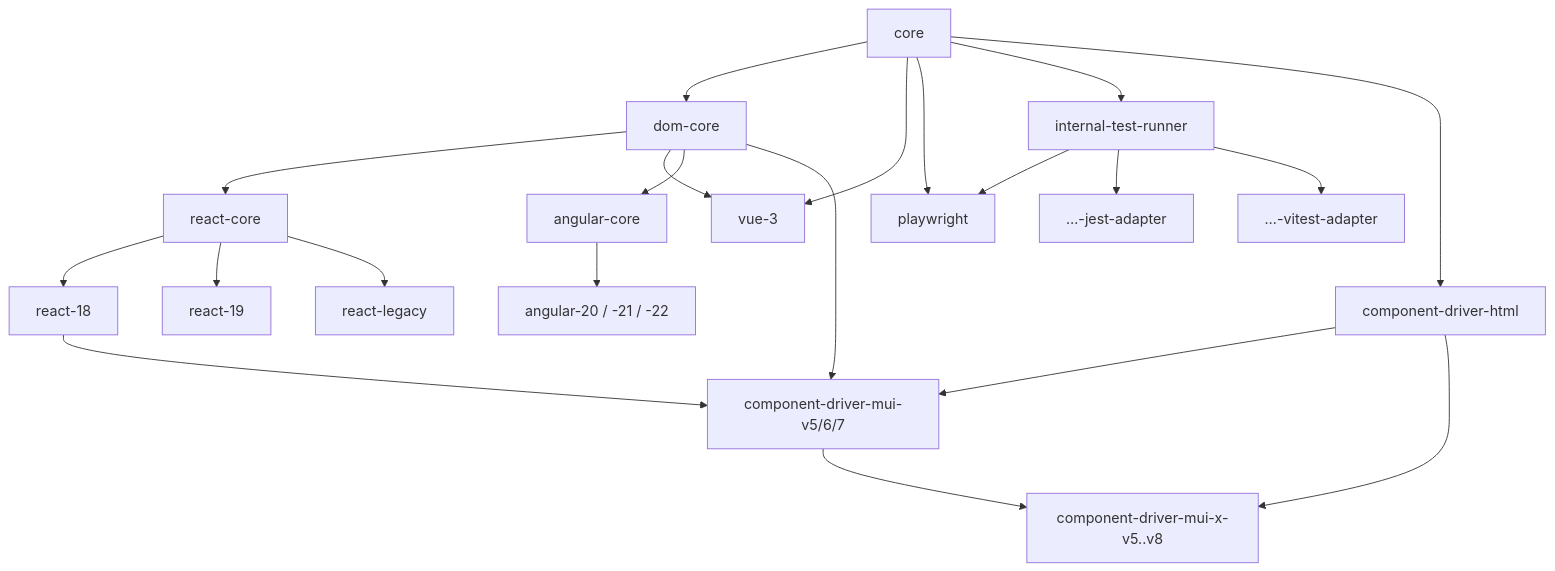
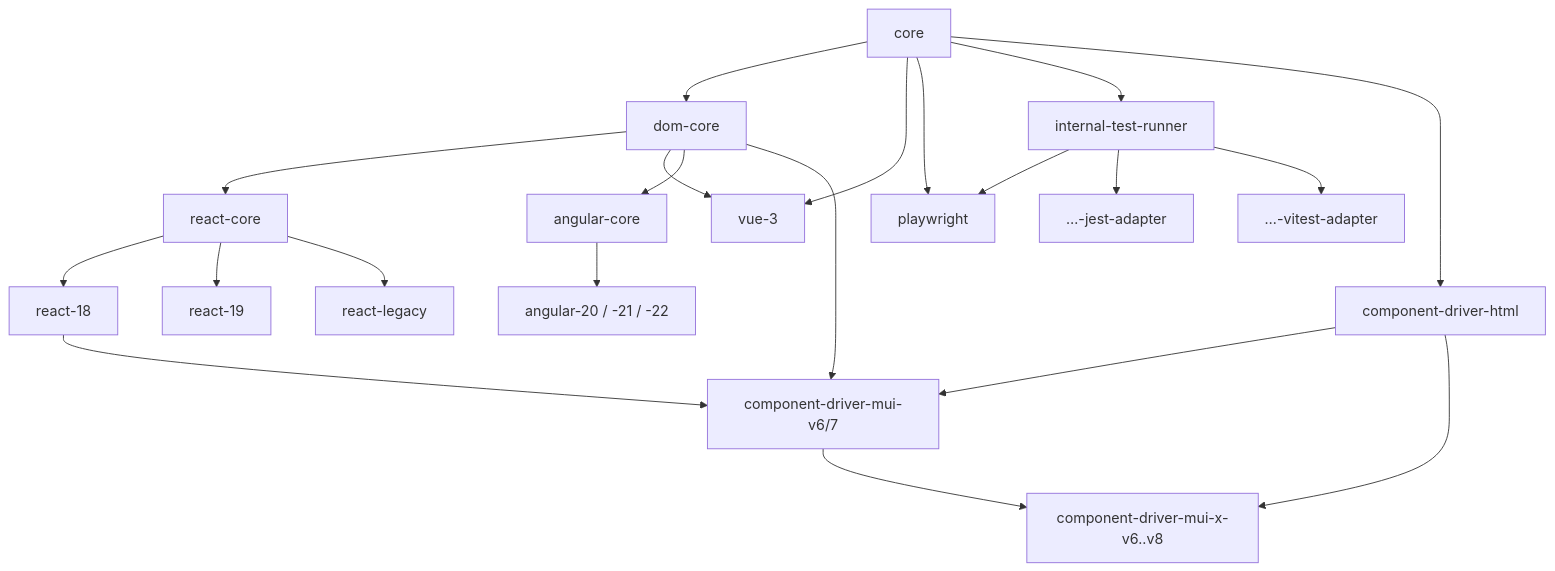
One commit to atomic-testing/atomic-testing changed the third of 4 diagrams in agent-docs/ARCHITECTURE.md. Above: the diagram before and after it, drawn with Mermaid. The commit also changed other lines of this file and 336 other files, not shown here.

````diff
--- a/agent-docs/ARCHITECTURE.md
+++ b/agent-docs/ARCHITECTURE.md
@@ -92,40 +92,40 @@
 ```mermaid
 flowchart TD
     core["core"]
     domcore["dom-core"]
     reactcore["react-core"]
     r18["react-18"]
     r19["react-19"]
     rlegacy["react-legacy"]
     vue["vue-3"]
     ngcore["angular-core"]
     ng20["angular-20 / -21 / -22"]
     pw["playwright"]
     itr["internal-test-runner"]
     jest["…-jest-adapter"]
     vitest["…-vitest-adapter"]
     html["component-driver-html"]
-    mui["component-driver-mui-v5/6/7"]
-    muix["component-driver-mui-x-v5..v8"]
+    mui["component-driver-mui-v6/7"]
+    muix["component-driver-mui-x-v6..v8"]
 
     core --> domcore
     domcore --> reactcore
     reactcore --> r18
     reactcore --> r19
     reactcore --> rlegacy
     core --> vue
     domcore --> vue
     domcore --> ngcore
     ngcore --> ng20
     core --> pw
     itr --> pw
     core --> itr
     itr --> jest
     itr --> vitest
     core --> html
     html --> mui
     domcore --> mui
     r18 --> mui
     html --> muix
     mui --> muix
 ```
````
